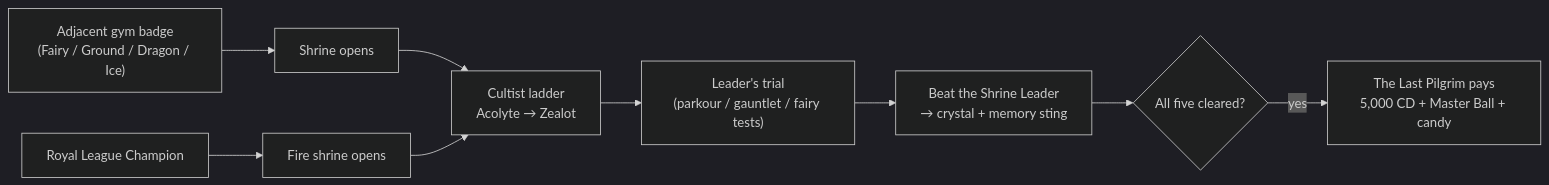
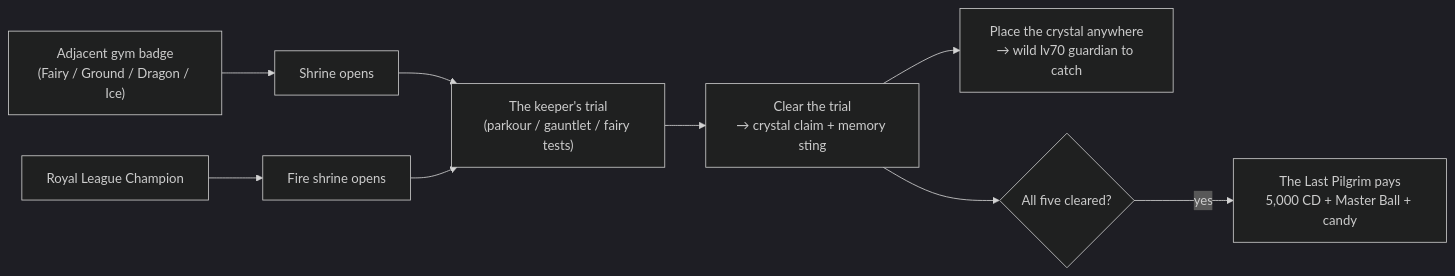
Before and after one commit to The-Company-Inc-Nerds/the-cobblemon-initiative: the diagram in wiki/Guidebook-Shrines.md, drawn with Mermaid (dark theme). The commit also changed other lines of this file and 546 other files, not shown here.

````diff
--- a/wiki/Guidebook-Shrines.md
+++ b/wiki/Guidebook-Shrines.md
@@ -154,11 +148,11 @@
 ```mermaid
 flowchart LR
   G["Adjacent gym badge<br/>(Fairy / Ground / Dragon / Ice)"] --> S["Shrine opens"]
   RC["Royal League Champion"] --> SF["Fire shrine opens"]
-  S --> L["Cultist ladder<br/>Acolyte → Zealot"]
-  SF --> L
-  L --> T["Leader's trial<br/>(parkour / gauntlet / fairy tests)"]
-  T --> K["Beat the Shrine Leader<br/>→ crystal + memory sting"]
+  S --> T["The keeper's trial<br/>(parkour / gauntlet / fairy tests)"]
+  SF --> T
+  T --> K["Clear the trial<br/>→ crystal claim + memory sting"]
+  K --> X["Place the crystal anywhere<br/>→ wild lv70 guardian to catch"]
   K --> C{"All five cleared?"}
   C -->|yes| P["The Last Pilgrim pays<br/>5,000 CD + Master Ball + candy"]
 ```
````
